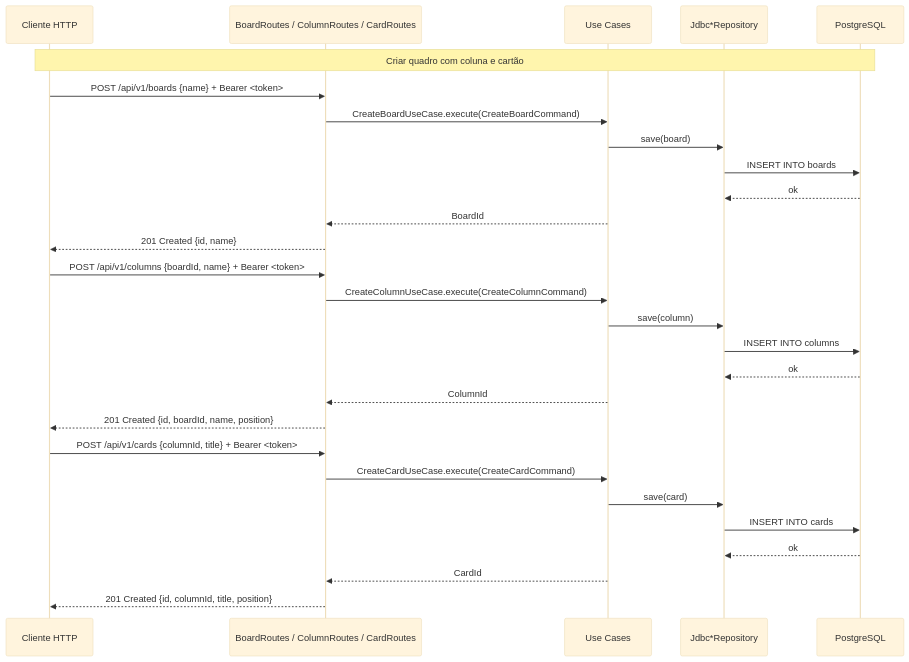
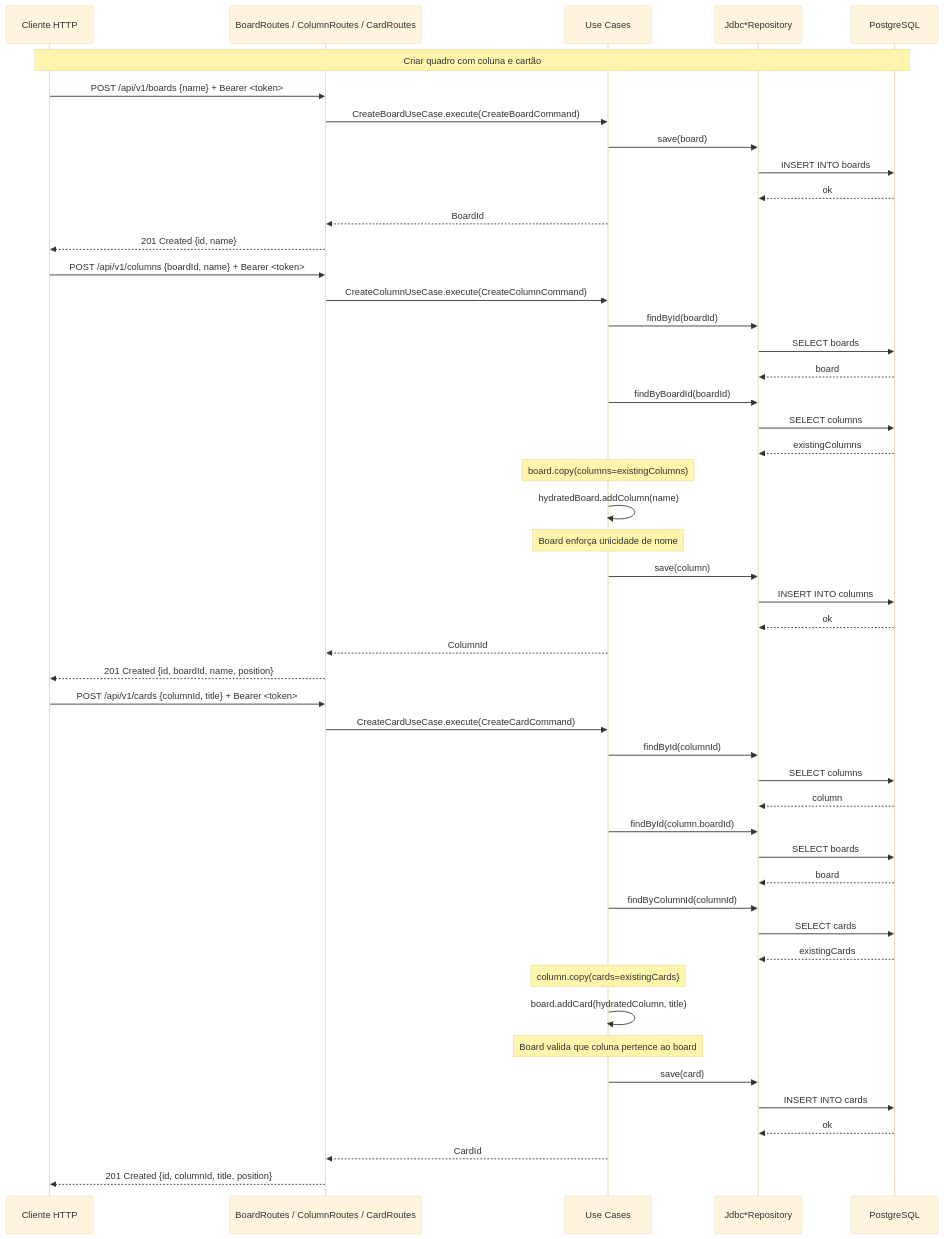
Before and after one commit to agnaldo4j/kanban-vision-api-kt: the fifth of 7 diagrams in README.md, drawn with Mermaid (base theme). The commit also changed other lines of this file and 1 other file, not shown here.

````diff
--- a/README.md
+++ b/README.md
@@ -232,34 +232,55 @@
 ```mermaid
 sequenceDiagram
   participant C as Cliente HTTP
   participant R as BoardRoutes / ColumnRoutes / CardRoutes
   participant UC as Use Cases
   participant REPO as Jdbc*Repository
   participant DB as PostgreSQL
 
   Note over C,DB: Criar quadro com coluna e cartão
 
   C->>R: POST /api/v1/boards {name} + Bearer <token>
   R->>UC: CreateBoardUseCase.execute(CreateBoardCommand)
   UC->>REPO: save(board)
   REPO->>DB: INSERT INTO boards
   DB-->>REPO: ok
   UC-->>R: BoardId
   R-->>C: 201 Created {id, name}
 
   C->>R: POST /api/v1/columns {boardId, name} + Bearer <token>
   R->>UC: CreateColumnUseCase.execute(CreateColumnCommand)
+  UC->>REPO: findById(boardId)
+  REPO->>DB: SELECT boards
+  DB-->>REPO: board
+  UC->>REPO: findByBoardId(boardId)
+  REPO->>DB: SELECT columns
+  DB-->>REPO: existingColumns
+  Note over UC: board.copy(columns=existingColumns)
+  UC->>UC: hydratedBoard.addColumn(name)
+  Note over UC: Board enforça unicidade de nome
   UC->>REPO: save(column)
   REPO->>DB: INSERT INTO columns
   DB-->>REPO: ok
   UC-->>R: ColumnId
   R-->>C: 201 Created {id, boardId, name, position}
 
   C->>R: POST /api/v1/cards {columnId, title} + Bearer <token>
   R->>UC: CreateCardUseCase.execute(CreateCardCommand)
+  UC->>REPO: findById(columnId)
+  REPO->>DB: SELECT columns
+  DB-->>REPO: column
+  UC->>REPO: findById(column.boardId)
+  REPO->>DB: SELECT boards
+  DB-->>REPO: board
+  UC->>REPO: findByColumnId(columnId)
+  REPO->>DB: SELECT cards
+  DB-->>REPO: existingCards
+  Note over UC: column.copy(cards=existingCards)
+  UC->>UC: board.addCard(hydratedColumn, title)
+  Note over UC: Board valida que coluna pertence ao board
   UC->>REPO: save(card)
   REPO->>DB: INSERT INTO cards
   DB-->>REPO: ok
   UC-->>R: CardId
   R-->>C: 201 Created {id, columnId, title, position}
 ```
````
